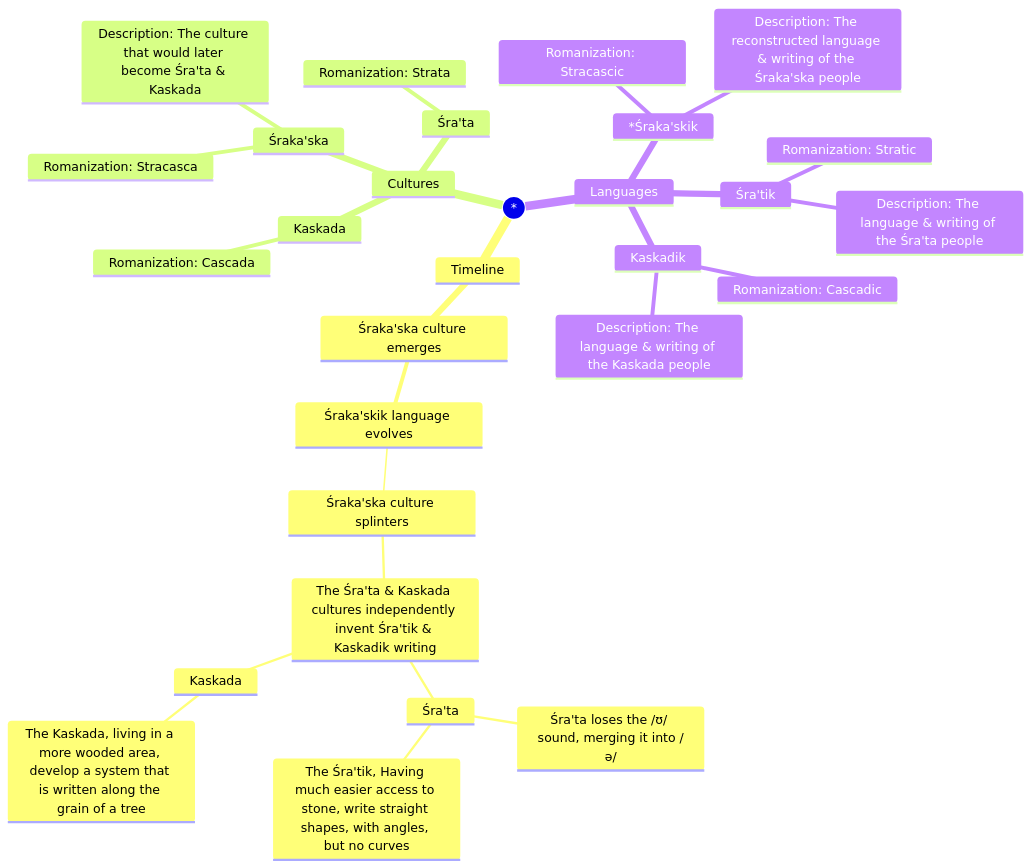
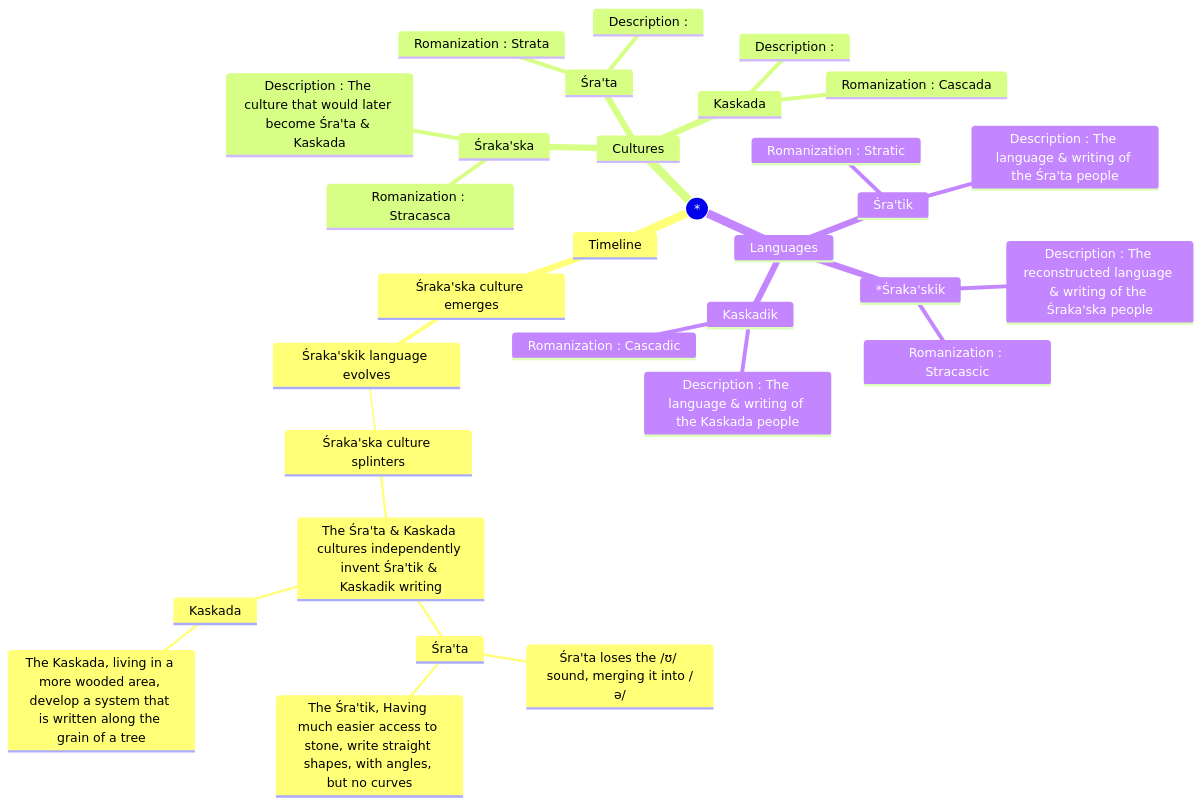
The diagram in mermaid.md (JactusTheCactus/conscript-font-gen), drawn with Mermaid before and after one commit. The commit also changed 1 other file, not shown here.

```diff
--- a/mermaid.md
+++ b/mermaid.md
@@ -1,32 +1,34 @@
 :::mermaid
 mindmap
 ((*))
 	Timeline
 		Śraka'ska culture emerges
 			Śraka'skik language evolves
 				Śraka'ska culture splinters
 					The Śra'ta & Kaskada cultures independently invent Śra'tik & Kaskadik writing
 						Śra'ta
 							Śra'ta loses the /ʊ/ sound, merging it into /ə/
 							The Śra'tik, Having much easier access to stone, write straight shapes, with angles, but no curves
 						Kaskada
 							The Kaskada, living in a more wooded area, develop a system that is written along the grain of a tree
 	Cultures
 		Śraka'ska
-			Romanization: Stracasca
-			Description: The culture that would later become Śra'ta & Kaskada
+			Romanization : Stracasca
+			Description : The culture that would later become Śra'ta & Kaskada
 		Śra'ta
-			Romanization: Strata
+			Romanization : Strata
+			Description : 
 		Kaskada
-			Romanization: Cascada
+			Romanization : Cascada
+			Description : 
 	Languages
 		*Śraka'skik
-			Romanization: Stracascic
-			Description: The reconstructed language & writing of the Śraka'ska people
+			Romanization : Stracascic
+			Description : The reconstructed language & writing of the Śraka'ska people
 		Śra'tik
-			Romanization: Stratic
-			Description: The language & writing of the Śra'ta people
+			Romanization : Stratic
+			Description : The language & writing of the Śra'ta people
 		Kaskadik
-			Romanization: Cascadic
-			Description: The language & writing of the Kaskada people
+			Romanization : Cascadic
+			Description : The language & writing of the Kaskada people
 :::
```
